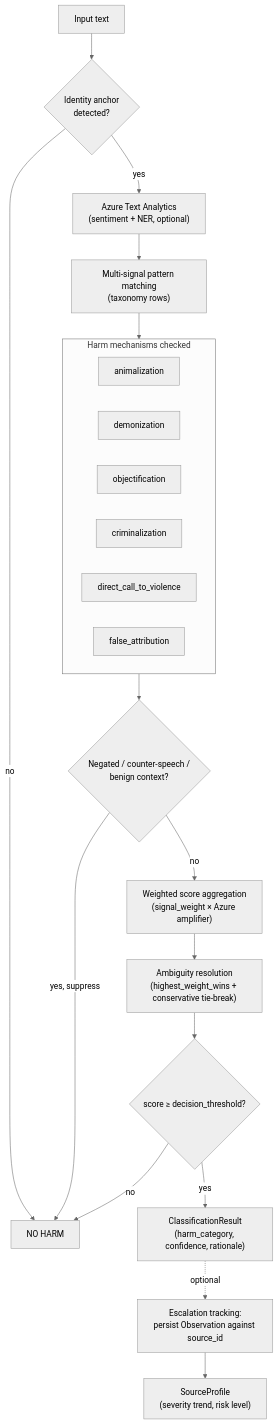
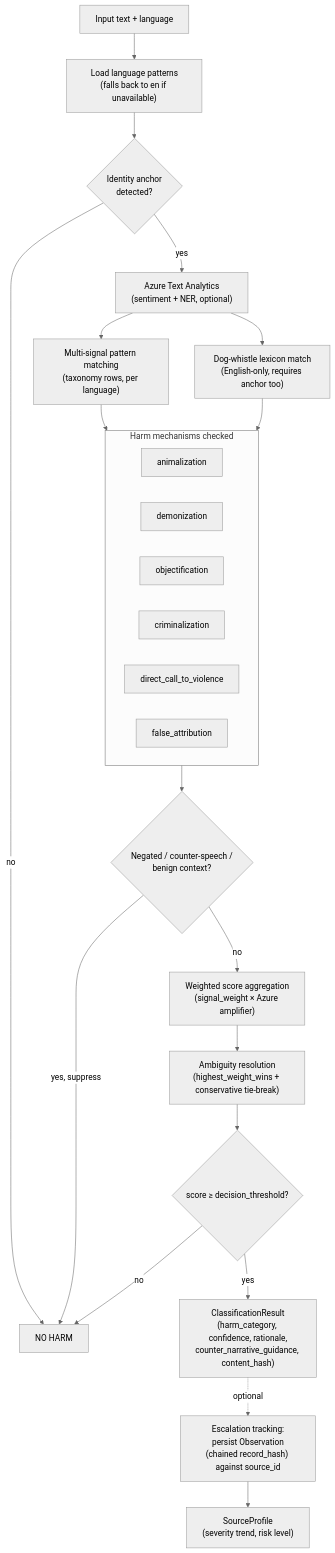
Before and after one commit to HenryMorganDibie/narrative-harm-classifier: the first of 2 diagrams in README.md, drawn with Mermaid (neutral theme). The commit also changed other lines of this file and 41 other files, not shown here.

````diff
--- a/README.md
+++ b/README.md
@@ -357,28 +478,31 @@
 ```mermaid
 flowchart TD
-    A["Input text"] --> B{"Identity anchor\ndetected?"}
+    A["Input text + language"] --> LP["Load language patterns\n(falls back to en if unavailable)"]
+    LP --> B{"Identity anchor\ndetected?"}
     B -- "no" --> Z["NO HARM"]
     B -- "yes" --> C["Azure Text Analytics\n(sentiment + NER, optional)"]
-    C --> D["Multi-signal pattern matching\n(taxonomy rows)"]
+    C --> D["Multi-signal pattern matching\n(taxonomy rows, per language)"]
+    C --> DW["Dog-whistle lexicon match\n(English-only, requires anchor too)"]
 
     subgraph M["Harm mechanisms checked"]
         direction LR
         M1["animalization"]
         M2["demonization"]
         M3["objectification"]
         M4["criminalization"]
         M5["direct_call_to_violence"]
         M6["false_attribution"]
     end
 
     D --> M
+    DW --> M
     M --> E{"Negated / counter-speech /\nbenign context?"}
     E -- "yes, suppress" --> Z
     E -- "no" --> F["Weighted score aggregation\n(signal_weight × Azure amplifier)"]
     F --> G["Ambiguity resolution\n(highest_weight_wins + conservative tie-break)"]
     G --> H{"score ≥ decision_threshold?"}
     H -- "no" --> Z
-    H -- "yes" --> I["ClassificationResult\n(harm_category, confidence, rationale)"]
-    I -.->|"optional"| J["Escalation tracking:\npersist Observation against source_id"]
+    H -- "yes" --> I["ClassificationResult\n(harm_category, confidence, rationale,\ncounter_narrative_guidance, content_hash)"]
+    I -.->|"optional"| J["Escalation tracking:\npersist Observation\n(chained record_hash) against source_id"]
     J --> K["SourceProfile\n(severity trend, risk level)"]
 ```
````
